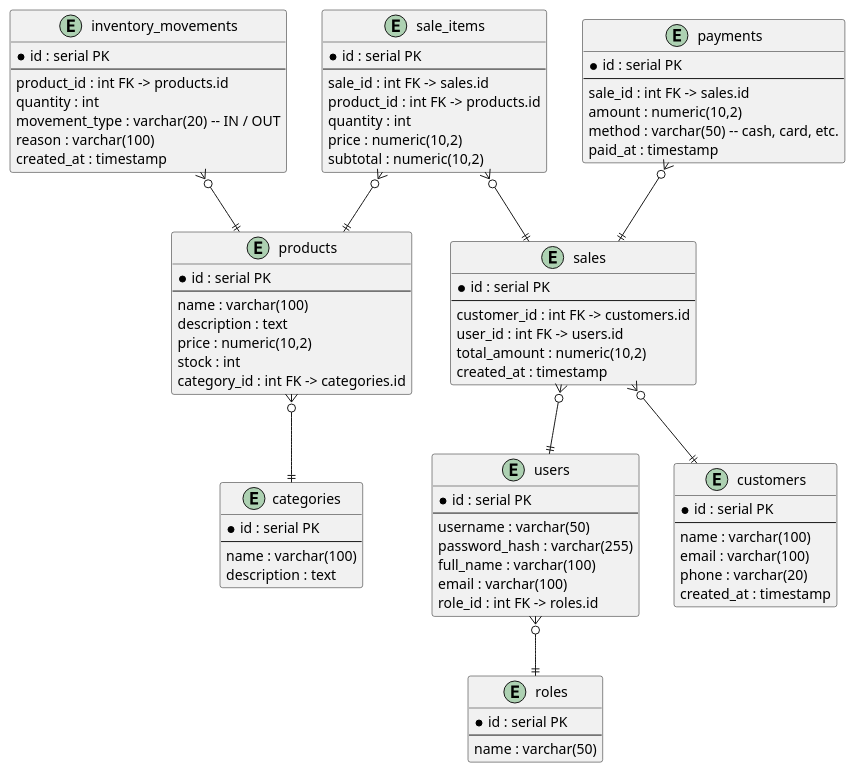
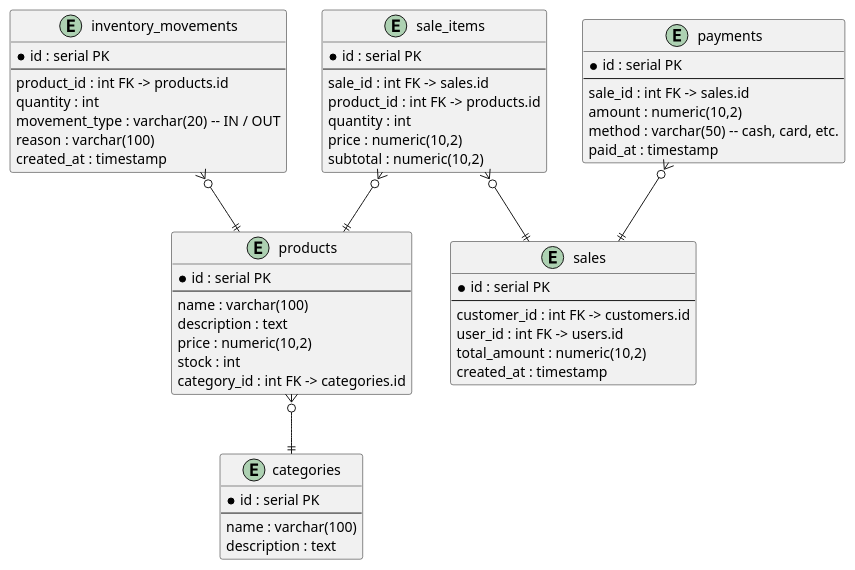
Before and after one commit to fevegavalerio/amate-pos: the diagram in docs/db.puml, drawn with PlantUML.

```diff
--- a/docs/db.puml
+++ b/docs/db.puml
@@ -1,90 +1,62 @@
-@startuml
-entity roles {
-  *id : serial PK
-  --
-  name : varchar(50)
-}
-
-entity users {
-  *id : serial PK
-  --
-  username : varchar(50)
-  password_hash : varchar(255)
-  full_name : varchar(100)
-  email : varchar(100)
-  role_id : int FK -> roles.id
-}
-
-entity customers {
-  *id : serial PK
-  --
-  name : varchar(100)
-  email : varchar(100)
-  phone : varchar(20)
-  created_at : timestamp
-}
-
+@startuml amate-pos
 entity categories {
   *id : serial PK
   --
   name : varchar(100)
   description : text
 }
 
 entity products {
   *id : serial PK
   --
   name : varchar(100)
   description : text
   price : numeric(10,2)
   stock : int
   category_id : int FK -> categories.id
 }
 
 entity sales {
   *id : serial PK
   --
   customer_id : int FK -> customers.id
   user_id : int FK -> users.id
   total_amount : numeric(10,2)
   created_at : timestamp
 }
 
 entity sale_items {
   *id : serial PK
   --
   sale_id : int FK -> sales.id
   product_id : int FK -> products.id
   quantity : int
   price : numeric(10,2)
   subtotal : numeric(10,2)
 }
 
 entity payments {
   *id : serial PK
   --
   sale_id : int FK -> sales.id
   amount : numeric(10,2)
   method : varchar(50) -- cash, card, etc.
   paid_at : timestamp
 }
 
 entity inventory_movements {
   *id : serial PK
   --
   product_id : int FK -> products.id
   quantity : int
   movement_type : varchar(20) -- IN / OUT
   reason : varchar(100)
   created_at : timestamp
 }
 
-users }o--|| roles
-sales }o--|| customers
-sales }o--|| users
 sale_items }o--|| sales
 sale_items }o--|| products
 payments }o--|| sales
 products }o--|| categories
 inventory_movements }o--|| products
 @enduml
```
